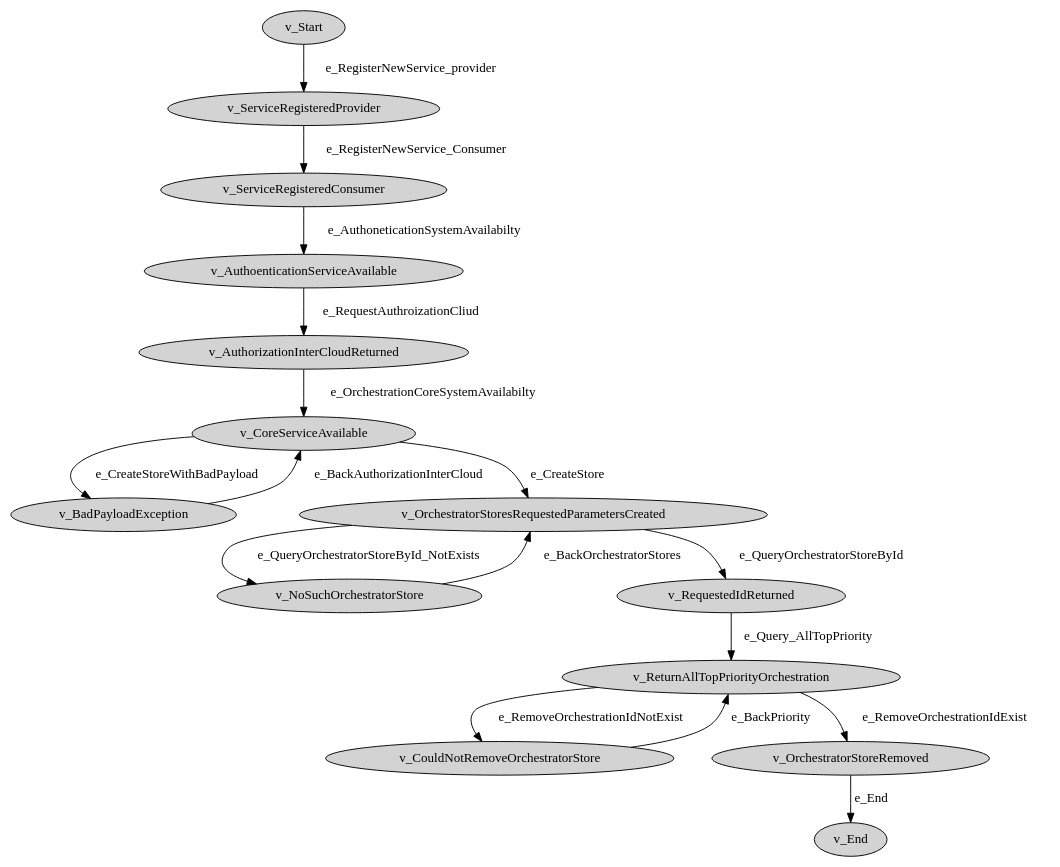
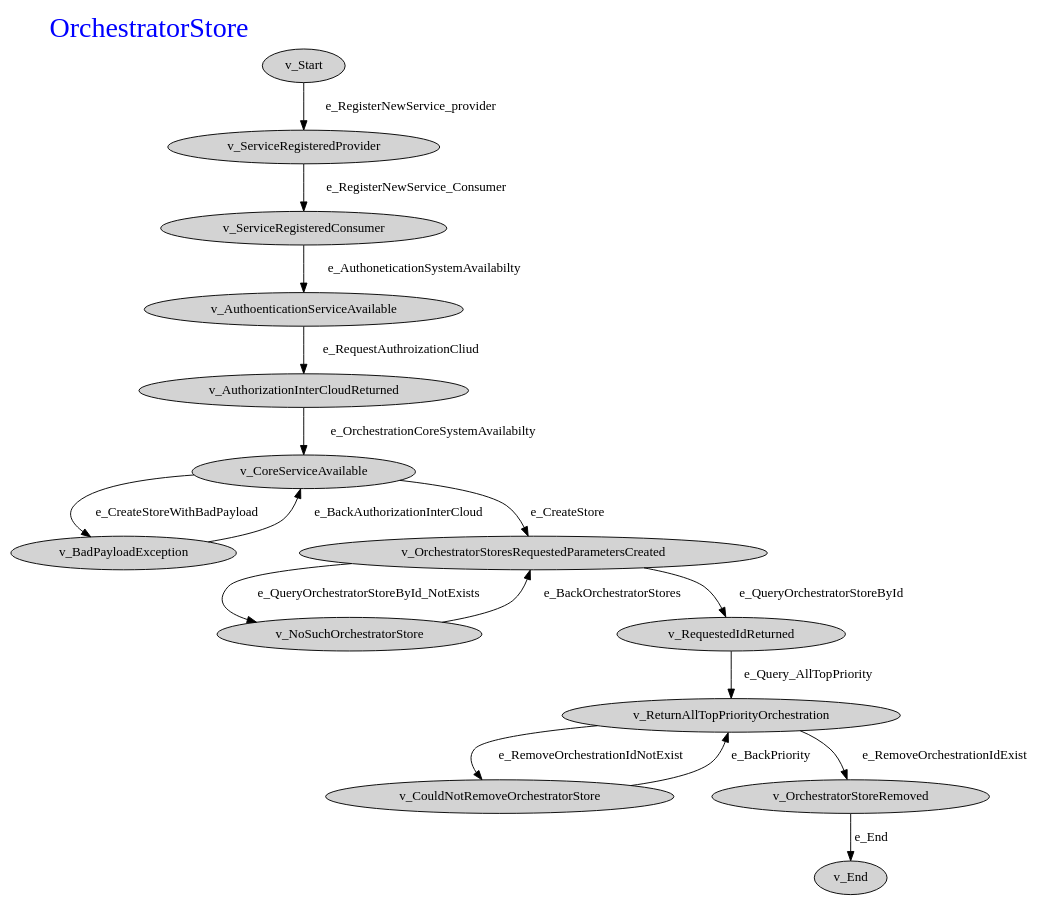
One commit to marozareh/SerReg_2021 changed the diagram in ServiceRegistry/Drivers/OrchestratorStore.dot. Above: the diagram before and after it, drawn with Graphviz. The commit also changed 161 other files, not shown here.

```diff
--- a/ServiceRegistry/Drivers/OrchestratorStore.dot
+++ b/ServiceRegistry/Drivers/OrchestratorStore.dot
@@ -1,20 +1,25 @@
 digraph OrchestratorStore{
 rankdir=TB
+ label="OrchestratorStore"
+labelloc=top
+labeljust=left
+fontcolor = blue
 node [style=filled] 
-"v_Start" -> "v_ServiceRegisteredProvider"  [ label="e_RegisterNewService_provider" ]
-"v_OrchestratorStoreRemoved" -> "v_End"  [ label="e_End" ]
-"v_CouldNotRemoveOrchestratorStore" -> "v_ReturnAllTopPriorityOrchestration"  [ label="e_BackPriority" ]
-"v_ReturnAllTopPriorityOrchestration" -> "v_CouldNotRemoveOrchestratorStore"  [ label="e_RemoveOrchestrationIdNotExist" ]
-"v_ReturnAllTopPriorityOrchestration" -> "v_OrchestratorStoreRemoved"  [ label="e_RemoveOrchestrationIdExist" ]
-"v_RequestedIdReturned" -> "v_ReturnAllTopPriorityOrchestration"  [ label="e_Query_AllTopPriority" ]
-"v_NoSuchOrchestratorStore" -> "v_OrchestratorStoresRequestedParametersCreated"  [ label="e_BackOrchestratorStores" ]
-"v_OrchestratorStoresRequestedParametersCreated" -> "v_NoSuchOrchestratorStore"  [ label="e_QueryOrchestratorStoreById_NotExists" ]
-"v_OrchestratorStoresRequestedParametersCreated" -> "v_RequestedIdReturned"  [ label="e_QueryOrchestratorStoreById" ]
-"v_BadPayloadException" -> "v_CoreServiceAvailable"  [ label="e_BackAuthorizationInterCloud" ]
-"v_CoreServiceAvailable" -> "v_BadPayloadException"  [ label="e_CreateStoreWithBadPayload" ]
-"v_CoreServiceAvailable" -> "v_OrchestratorStoresRequestedParametersCreated"  [ label="e_CreateStore" ]
-"v_AuthorizationInterCloudReturned" -> "v_CoreServiceAvailable"  [ label="e_OrchestrationCoreSystemAvailabilty" ]
-"v_AuthoenticationServiceAvailable" -> "v_AuthorizationInterCloudReturned"  [ label="e_RequestAuthroizationCliud" ]
-"v_ServiceRegisteredConsumer" -> "v_AuthoenticationServiceAvailable"  [ label="e_AuthoneticationSystemAvailabilty" ]
-"v_ServiceRegisteredProvider" -> "v_ServiceRegisteredConsumer"  [ label="e_RegisterNewService_Consumer" ]
+ fontsize=30
+"v_Start" -> "v_ServiceRegisteredProvider"  [ label="e_RegisterNewService_provider"color="black"]
+"v_OrchestratorStoreRemoved" -> "v_End"  [ label="e_End"color="black"]
+"v_CouldNotRemoveOrchestratorStore" -> "v_ReturnAllTopPriorityOrchestration"  [ label="e_BackPriority"color="black"]
+"v_ReturnAllTopPriorityOrchestration" -> "v_CouldNotRemoveOrchestratorStore"  [ label="e_RemoveOrchestrationIdNotExist"color="black"]
+"v_ReturnAllTopPriorityOrchestration" -> "v_OrchestratorStoreRemoved"  [ label="e_RemoveOrchestrationIdExist"color="black"]
+"v_RequestedIdReturned" -> "v_ReturnAllTopPriorityOrchestration"  [ label="e_Query_AllTopPriority"color="black"]
+"v_NoSuchOrchestratorStore" -> "v_OrchestratorStoresRequestedParametersCreated"  [ label="e_BackOrchestratorStores"color="black"]
+"v_OrchestratorStoresRequestedParametersCreated" -> "v_NoSuchOrchestratorStore"  [ label="e_QueryOrchestratorStoreById_NotExists"color="black"]
+"v_OrchestratorStoresRequestedParametersCreated" -> "v_RequestedIdReturned"  [ label="e_QueryOrchestratorStoreById"color="black"]
+"v_BadPayloadException" -> "v_CoreServiceAvailable"  [ label="e_BackAuthorizationInterCloud"color="black"]
+"v_CoreServiceAvailable" -> "v_BadPayloadException"  [ label="e_CreateStoreWithBadPayload"color="black"]
+"v_CoreServiceAvailable" -> "v_OrchestratorStoresRequestedParametersCreated"  [ label="e_CreateStore"color="black"]
+"v_AuthorizationInterCloudReturned" -> "v_CoreServiceAvailable"  [ label="e_OrchestrationCoreSystemAvailabilty"color="black"]
+"v_AuthoenticationServiceAvailable" -> "v_AuthorizationInterCloudReturned"  [ label="e_RequestAuthroizationCliud"color="black"]
+"v_ServiceRegisteredConsumer" -> "v_AuthoenticationServiceAvailable"  [ label="e_AuthoneticationSystemAvailabilty"color="black"]
+"v_ServiceRegisteredProvider" -> "v_ServiceRegisteredConsumer"  [ label="e_RegisterNewService_Consumer"color="black"]
 }
```
